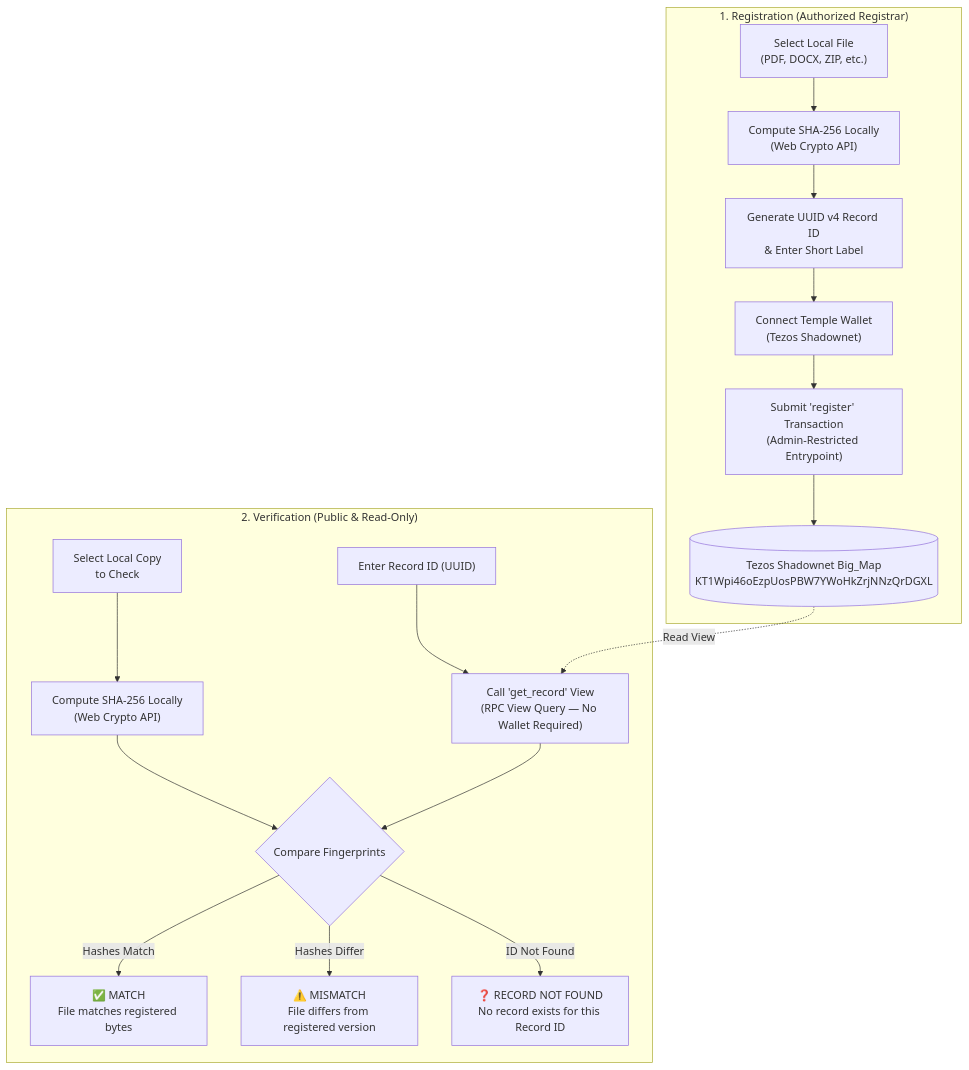
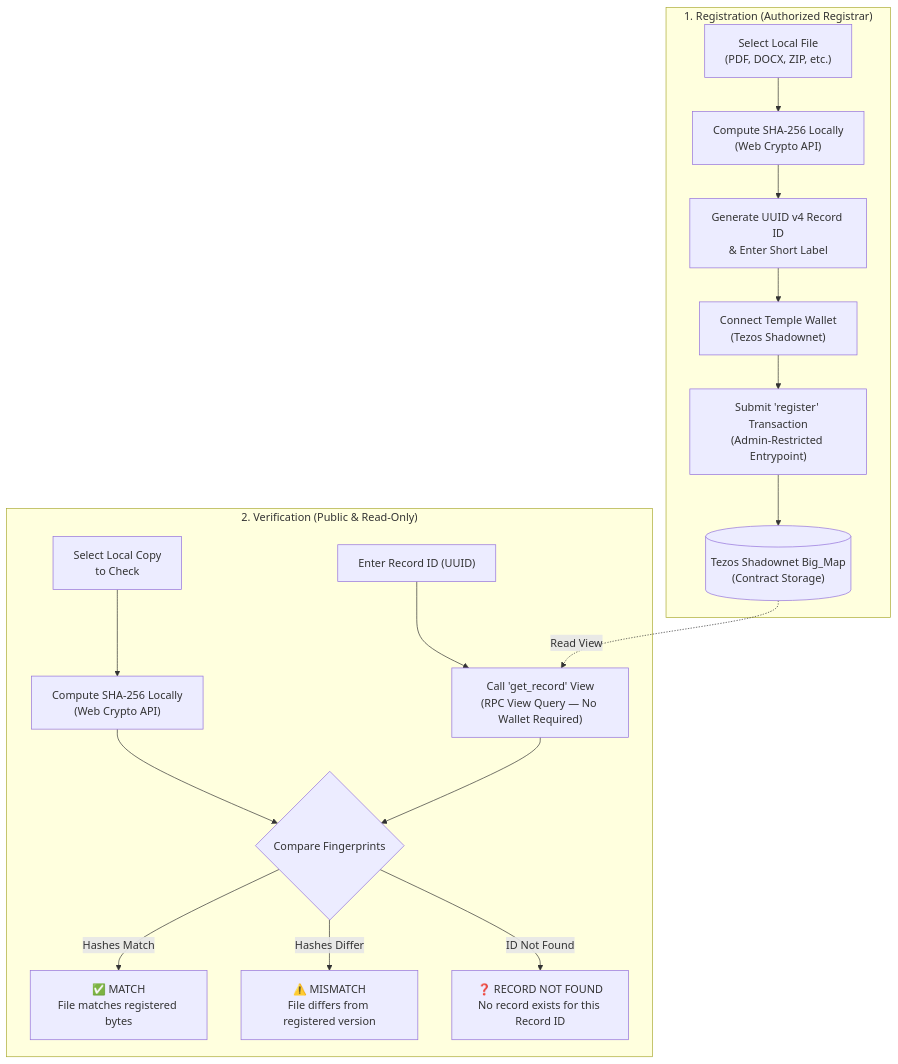
One commit to Prasanna-Ram-SJ/document-integrity-registry changed the diagram in README.md. Above: the diagram before and after it, drawn with Mermaid. The commit also changed other lines of this file, not shown here.

````diff
--- a/README.md
+++ b/README.md
@@ -59,21 +59,21 @@
 ```mermaid
 flowchart TD
     subgraph Registration ["1. Registration (Authorized Registrar)"]
         A["Select Local File\n(PDF, DOCX, ZIP, etc.)"] --> B["Compute SHA-256 Locally\n(Web Crypto API)"]
         B --> C["Generate UUID v4 Record ID\n& Enter Short Label"]
         C --> D["Connect Temple Wallet\n(Tezos Shadownet)"]
         D --> E["Submit 'register' Transaction\n(Admin-Restricted Entrypoint)"]
-        E --> F[("Tezos Shadownet Big_Map\nKT1Wpi46oEzpUosPBW7YWoHkZrjNNzQrDGXL")]
+        E --> F[("Tezos Shadownet Big_Map\n(Contract Storage)")]
     end
 
     subgraph Verification ["2. Verification (Public & Read-Only)"]
         G["Select Local Copy\nto Check"] --> H["Compute SHA-256 Locally\n(Web Crypto API)"]
         I["Enter Record ID (UUID)"] --> J["Call 'get_record' View\n(RPC View Query — No Wallet Required)"]
         F -. Read View .-> J
         H --> K{"Compare Fingerprints"}
         J --> K
         K -->|"Hashes Match"| L["✅ MATCH\nFile matches registered bytes"]
         K -->|"Hashes Differ"| M["⚠️ MISMATCH\nFile differs from registered version"]
         K -->|"ID Not Found"| N["❓ RECORD NOT FOUND\nNo record exists for this Record ID"]
     end
 ```
````
